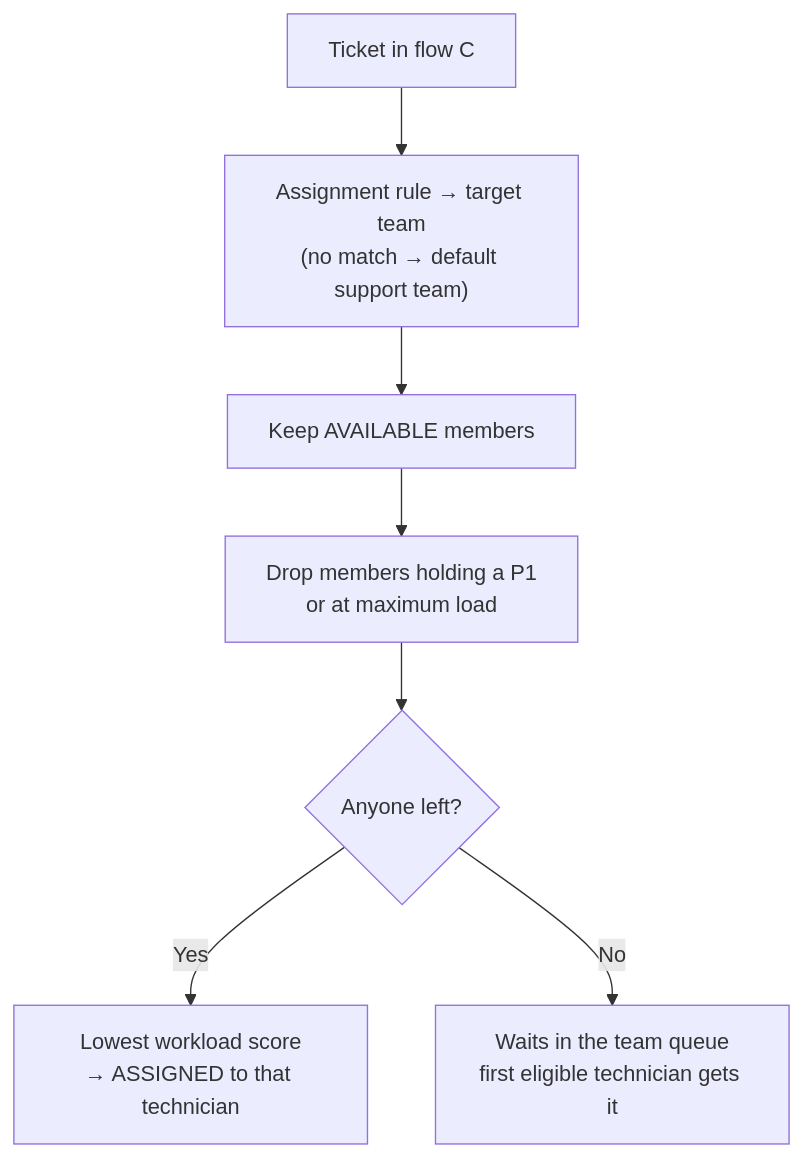
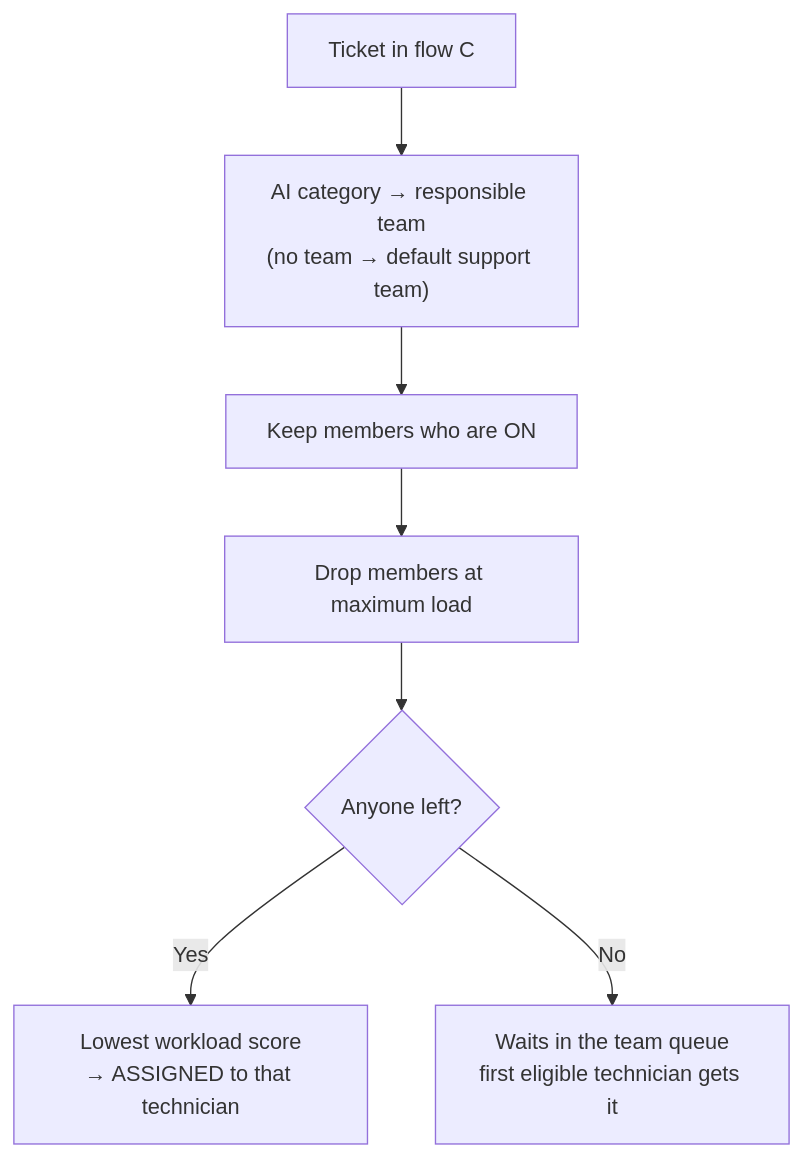
One commit to Akaza-ban/Fable changed the second of 5 diagrams in docs/f05-workflow-automation/02-use-cases.md. Above: the diagram before and after it, drawn with Mermaid. The commit also changed other lines of this file and 15 other files, not shown here.

````diff
--- a/docs/f05-workflow-automation/02-use-cases.md
+++ b/docs/f05-workflow-automation/02-use-cases.md
@@ -111,9 +117,9 @@
 ```mermaid
 flowchart TD
-    t["Ticket in flow C"] --> rule["Assignment rule → target team<br/>(no match → default support team)"]
-    rule --> f1["Keep AVAILABLE members"]
-    f1 --> f2["Drop members holding a P1<br/>or at maximum load"]
+    t["Ticket in flow C"] --> rule["AI category → responsible team<br/>(no team → default support team)"]
+    rule --> f1["Keep members who are ON"]
+    f1 --> f2["Drop members at maximum load"]
     f2 --> any{"Anyone left?"}
     any -- "Yes" --> pick["Lowest workload score<br/>→ ASSIGNED to that technician"]
     any -- "No" --> wait["Waits in the team queue<br/>first eligible technician gets it"]
 ```
````
